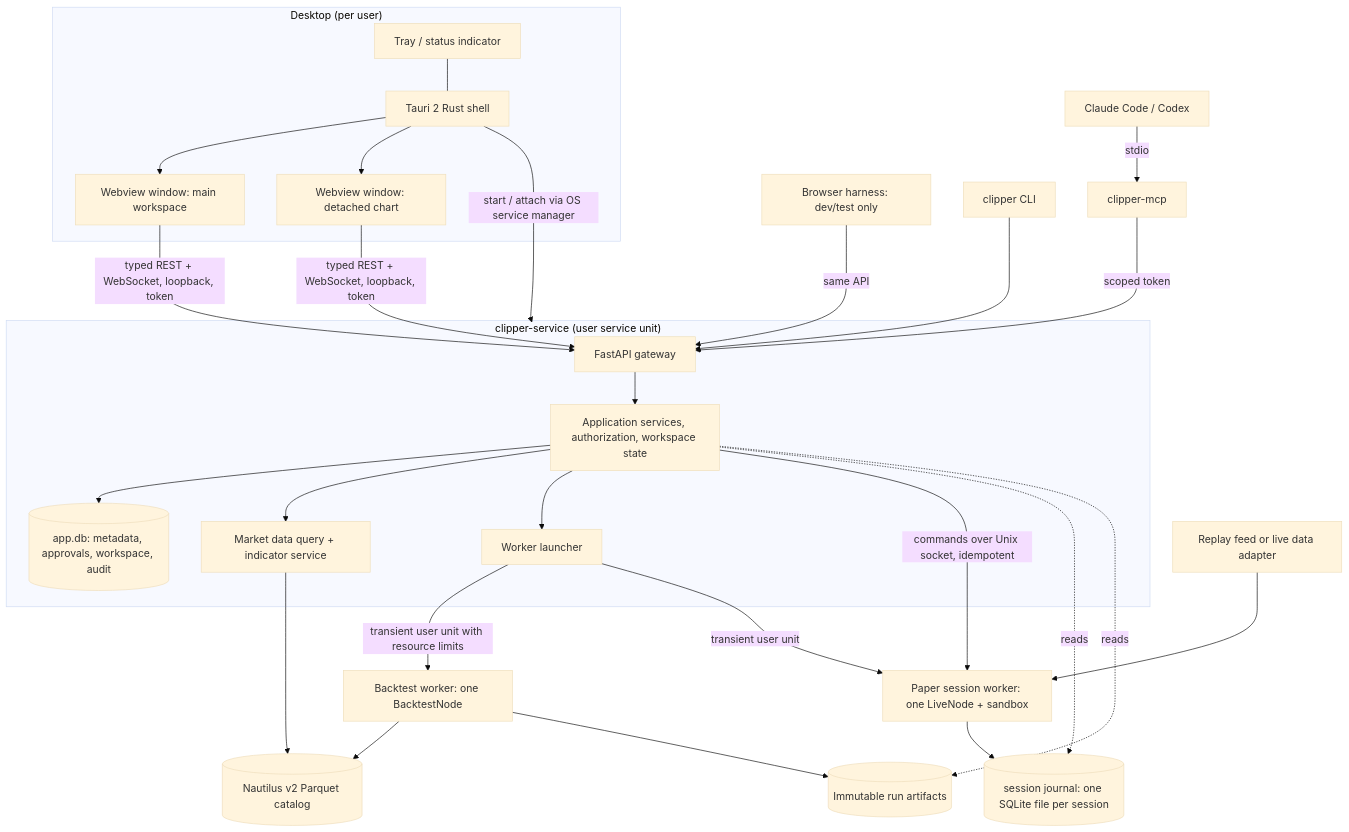
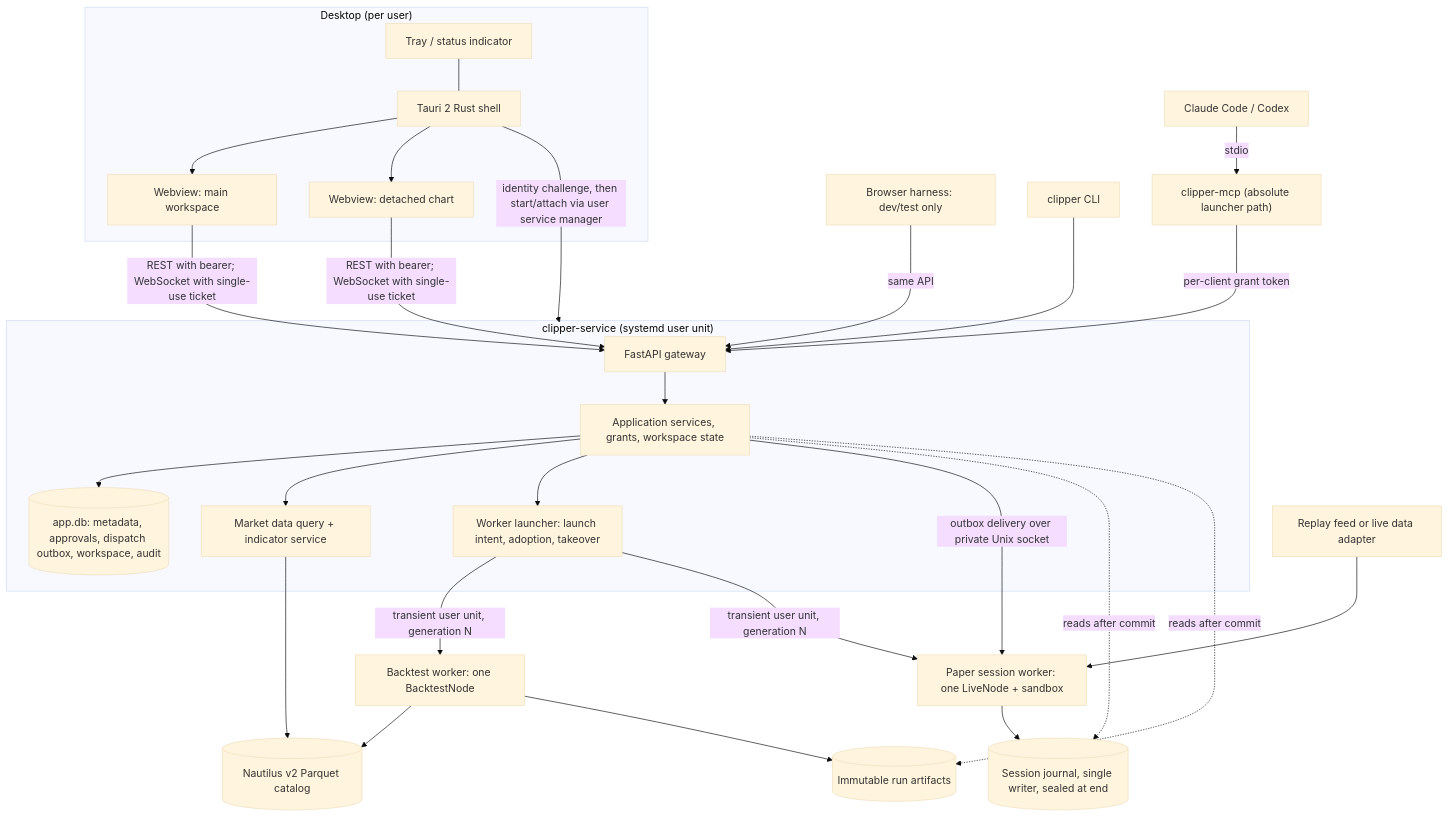
Before and after one commit to njdaniel/clipper-terminal: the first of 3 diagrams in docs/architecture/overview.md, drawn with Mermaid (base theme). The commit also changed other lines of this file and 6 other files, not shown here.

````diff
--- a/docs/architecture/overview.md
+++ b/docs/architecture/overview.md
@@ -84,29 +88,29 @@
 ```mermaid
 flowchart TB
   subgraph Desktop["Desktop (per user)"]
-    SHELL[Tauri 2 Rust shell] --> W1[Webview window: main workspace]
-    SHELL --> W2[Webview window: detached chart]
+    SHELL[Tauri 2 Rust shell] --> W1[Webview: main workspace]
+    SHELL --> W2[Webview: detached chart]
     TRAY[Tray / status indicator] --- SHELL
   end
-  SHELL -->|start / attach via OS service manager| SVC
-  W1 & W2 -->|typed REST + WebSocket, loopback, token| API
+  SHELL -->|identity challenge, then start/attach via user service manager| SVC
+  W1 & W2 -->|REST with bearer; WebSocket with single-use ticket| API
   DEV[Browser harness: dev/test only] -->|same API| API
-  AI[Claude Code / Codex] -->|stdio| MCP[clipper-mcp]
+  AI[Claude Code / Codex] -->|stdio| MCP["clipper-mcp (absolute launcher path)"]
   CLI[clipper CLI] --> API
-  MCP -->|scoped token| API
-  subgraph SVC["clipper-service (user service unit)"]
-    API[FastAPI gateway] --> APP[Application services, authorization, workspace state]
-    APP --> DB[(app.db: metadata, approvals, workspace, audit)]
+  MCP -->|per-client grant token| API
+  subgraph SVC["clipper-service (systemd user unit)"]
+    API[FastAPI gateway] --> APP[Application services, grants, workspace state]
+    APP --> DB[(app.db: metadata, approvals, dispatch outbox, workspace, audit)]
     APP --> MD[Market data query + indicator service]
-    APP --> LAUNCH[Worker launcher]
+    APP --> LAUNCH[Worker launcher: launch intent, adoption, takeover]
   end
   MD --> CAT[(Nautilus v2 Parquet catalog)]
-  LAUNCH -->|transient user unit with resource limits| BT[Backtest worker: one BacktestNode]
-  LAUNCH -->|transient user unit| PW[Paper session worker: one LiveNode + sandbox]
+  LAUNCH -->|transient user unit, generation N| BT[Backtest worker: one BacktestNode]
+  LAUNCH -->|transient user unit, generation N| PW[Paper session worker: one LiveNode + sandbox]
   BT --> CAT
   BT --> ART[(Immutable run artifacts)]
-  PW --> JR[(session journal: one SQLite file per session)]
+  PW --> JR[(Session journal, single writer, sealed at end)]
   FEED[Replay feed or live data adapter] --> PW
-  APP -->|commands over Unix socket, idempotent| PW
-  APP -. reads .-> JR & ART
+  APP -->|outbox delivery over private Unix socket| PW
+  APP -. reads after commit .-> JR & ART
 ```
````
